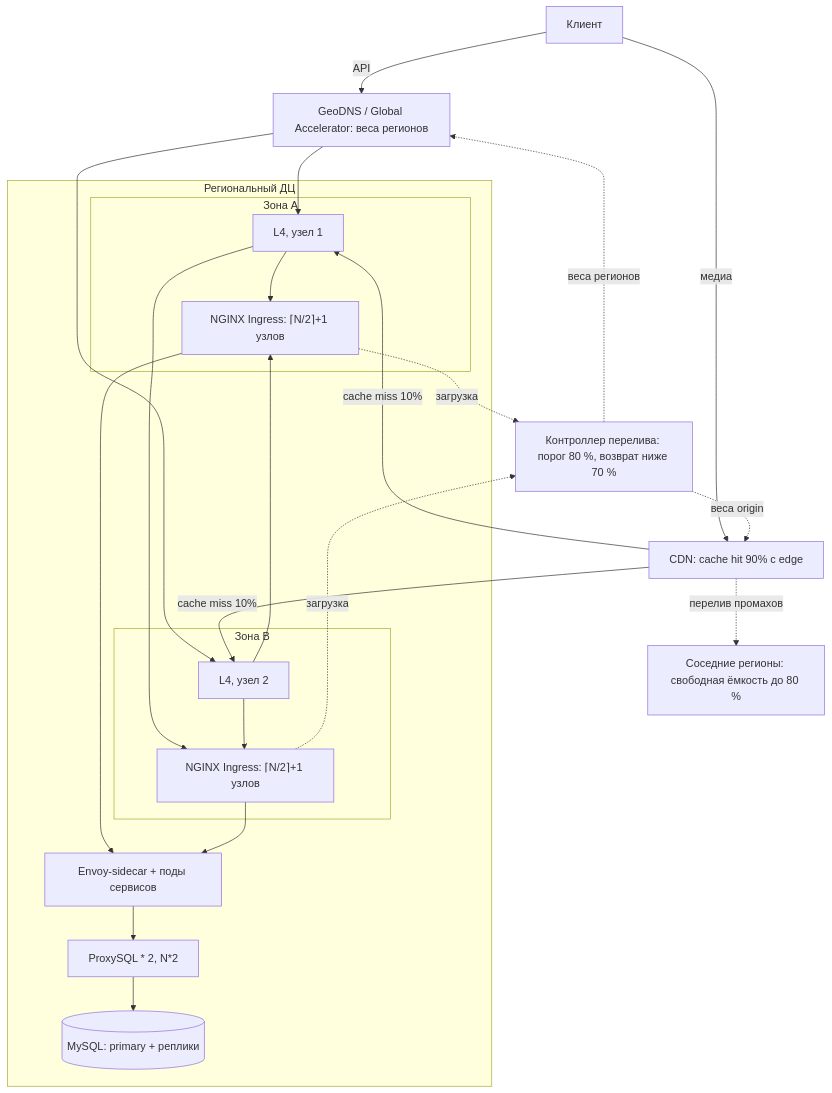
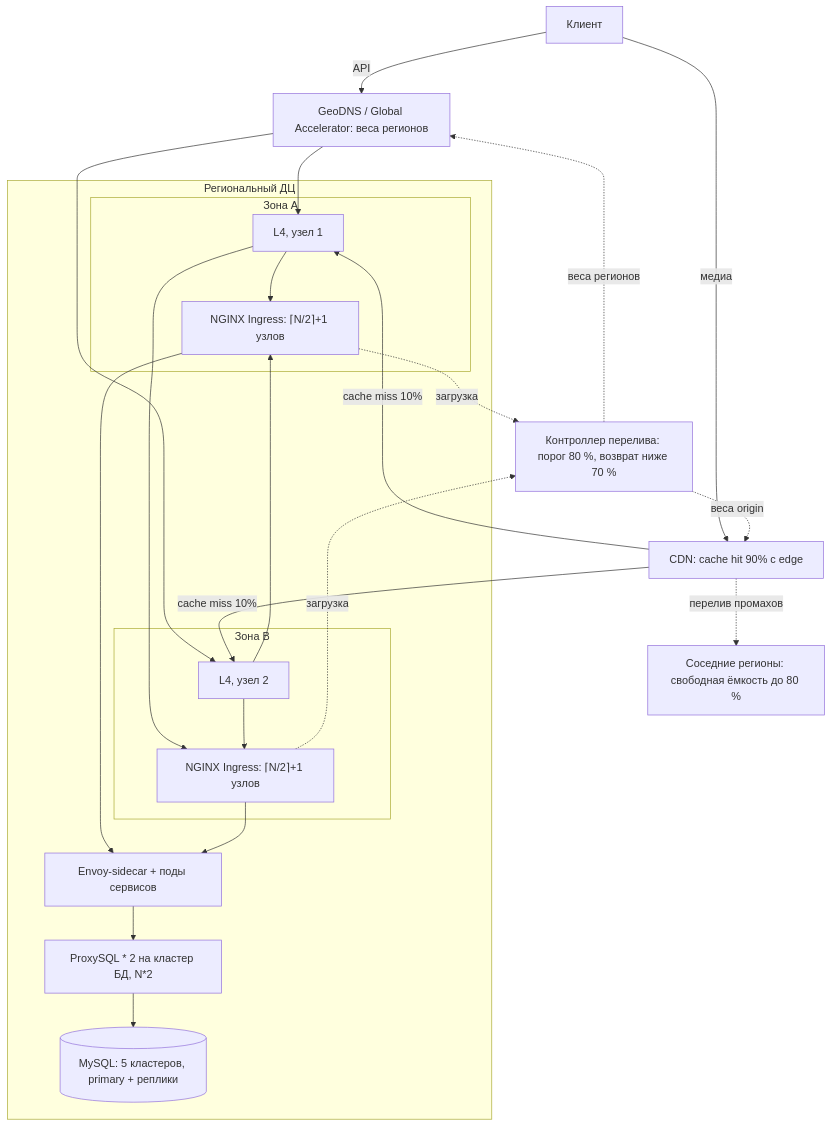
The third of 10 diagrams in README.md (TOOSTEER/Highload_TechnoPark), drawn with Mermaid before and after one commit. The commit also changed other lines of this file, not shown here.

````diff
--- a/README.md
+++ b/README.md
@@ -194,43 +194,43 @@
 ```mermaid
 flowchart TB
   U["Клиент"]
   GD["GeoDNS / Global Accelerator: веса регионов"]
   CDN["CDN: cache hit 90% с edge"]
   CTRL["Контроллер перелива: порог 80 %, возврат ниже 70 %"]
   NB["Соседние регионы: свободная ёмкость до 80 %"]
 
   U -->|"API"| GD
   U -->|"медиа"| CDN
 
   subgraph DC["Региональный ДЦ"]
     subgraph ZA["Зона A"]
       L4A["L4, узел 1"]
       L7A["NGINX Ingress: ⌈N/2⌉+1 узлов"]
     end
     subgraph ZB["Зона B"]
       L4B["L4, узел 2"]
       L7B["NGINX Ingress: ⌈N/2⌉+1 узлов"]
     end
     SVC["Envoy-sidecar + поды сервисов"]
-    PRX["ProxySQL * 2, N*2"]
-    DB[("MySQL: primary + реплики")]
+    PRX["ProxySQL * 2 на кластер БД, N*2"]
+    DB[("MySQL: 5 кластеров, primary + реплики")]
   end
 
   GD --> L4A
   GD --> L4B
   CDN -->|"cache miss 10%"| L4A
   CDN -->|"cache miss 10%"| L4B
   L4A --> L7A
   L4A --> L7B
   L4B --> L7A
   L4B --> L7B
   L7A --> SVC
   L7B --> SVC
   SVC --> PRX
   PRX --> DB
   L7A -.->|"загрузка"| CTRL
   L7B -.->|"загрузка"| CTRL
   CTRL -.->|"веса регионов"| GD
   CTRL -.->|"веса origin"| CDN
   CDN -.->|"перелив промахов"| NB
 ```
````
